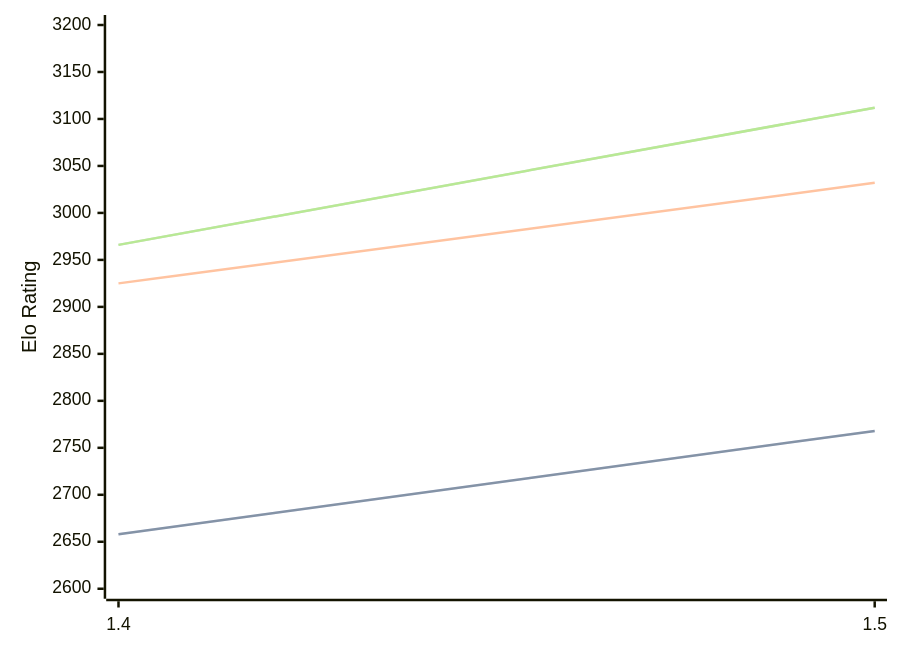
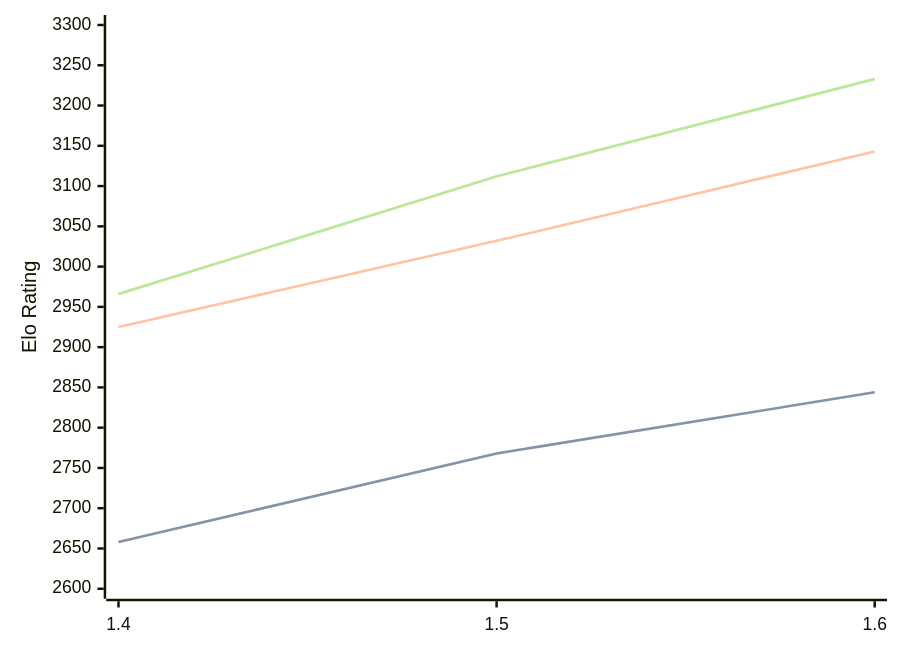
Before and after one commit to computer-chess-index/cci: the diagram in engines/Yakka.md, drawn with Mermaid. The commit also changed other lines of this file, not shown here.

Commit message:
Update CCI Ratings (ELO VLTC) - 2026-09-26

````diff
--- a/engines/Yakka.md
+++ b/engines/Yakka.md
@@ -33,11 +33,11 @@
 ```mermaid
 %%{init: {"theme":"base","themeVariables":{"seriesColors:['#a3a3a3','#222221','#faa371']}}}%%
 xychart-beta
-  x-axis ["1.4", "1.5"]
-  y-axis "Elo Rating" 2600 --> 3200
-  line "" [2658, 2768]
-  line "STC (8.0+0.08s)" [2658, 2768]
-  line "LTC (60.0+0.60s)" [2925, 3032]
-  line "" [2966, 3112]
-  line "VLTC (2m24s+1.12s)" [2966, 3112]
+  x-axis ["1.4", "1.5", "1.6"]
+  y-axis "Elo Rating" 2600 --> 3300
+  line "" [2658, 2768, 2844]
+  line "STC (8.0+0.08s)" [2658, 2768, 2844]
+  line "LTC (60.0+0.60s)" [2925, 3032, 3143]
+  line "" [2966, 3112, 3233]
+  line "VLTC (2m24s+1.12s)" [2966, 3112, 3233]
 ```
````
